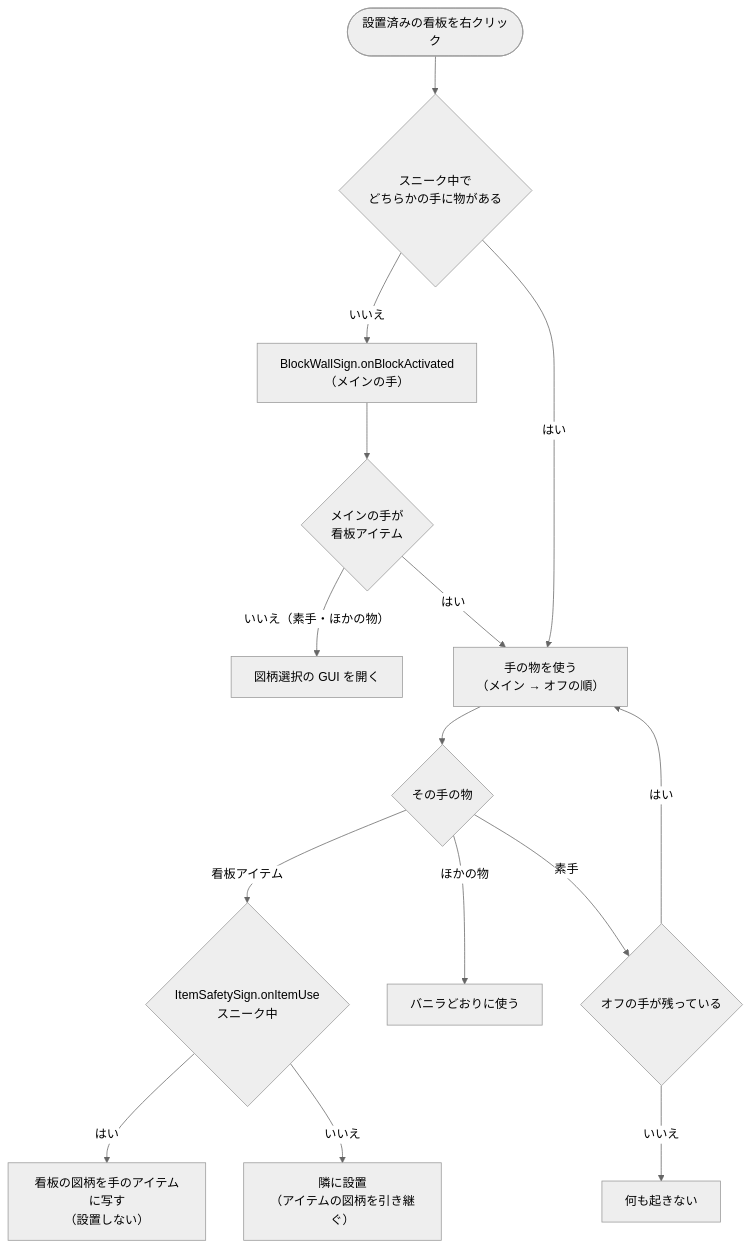
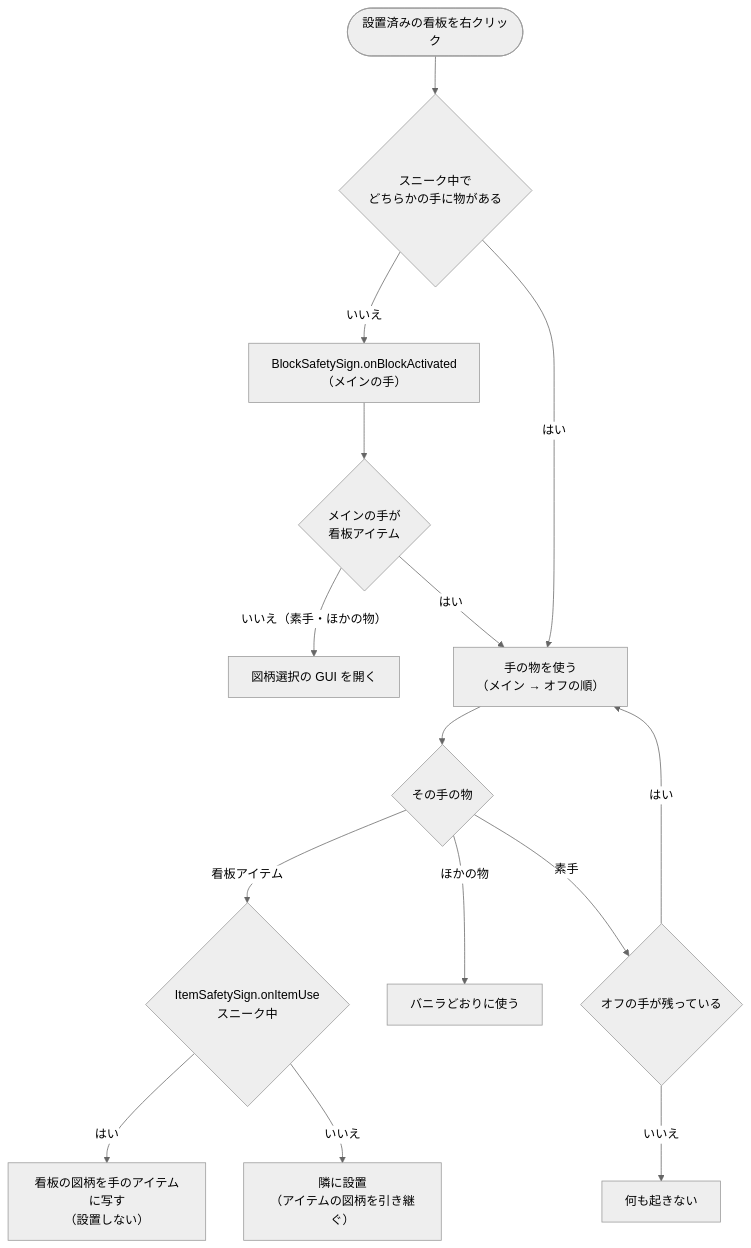
The diagram in doc/diagrams/right-click.md (zeusisgood/safetysigns), drawn with Mermaid (neutral theme) before and after one commit. The commit also changed 4 other files, not shown here.

````diff
--- a/doc/diagrams/right-click.md
+++ b/doc/diagrams/right-click.md
@@ -13,17 +13,17 @@
 ```mermaid
 flowchart TD
     Start([設置済みの看板を右クリック]) --> Sneak{スニーク中で<br/>どちらかの手に物がある}
-    Sneak -- いいえ --> Act["BlockWallSign.onBlockActivated<br/>（メインの手）"]
+    Sneak -- いいえ --> Act["BlockSafetySign.onBlockActivated<br/>（メインの手）"]
     Act --> MainSign{メインの手が<br/>看板アイテム}
     MainSign -- いいえ（素手・ほかの物） --> Gui[図柄選択の GUI を開く]
     MainSign -- はい --> Use
     Sneak -- はい --> Use["手の物を使う<br/>（メイン → オフの順）"]
     Use --> Held{その手の物}
     Held -- 看板アイテム --> Sneak2{"ItemSafetySign.onItemUse<br/>スニーク中"}
     Sneak2 -- はい --> Copy["看板の図柄を手のアイテムに写す<br/>（設置しない）"]
     Sneak2 -- いいえ --> Place["隣に設置<br/>（アイテムの図柄を引き継ぐ）"]
     Held -- ほかの物 --> Vanilla[バニラどおりに使う]
     Held -- 素手 --> Next{"オフの手が残っている"}
     Next -- はい --> Use
     Next -- いいえ --> Nothing[何も起きない]
 ```
````
